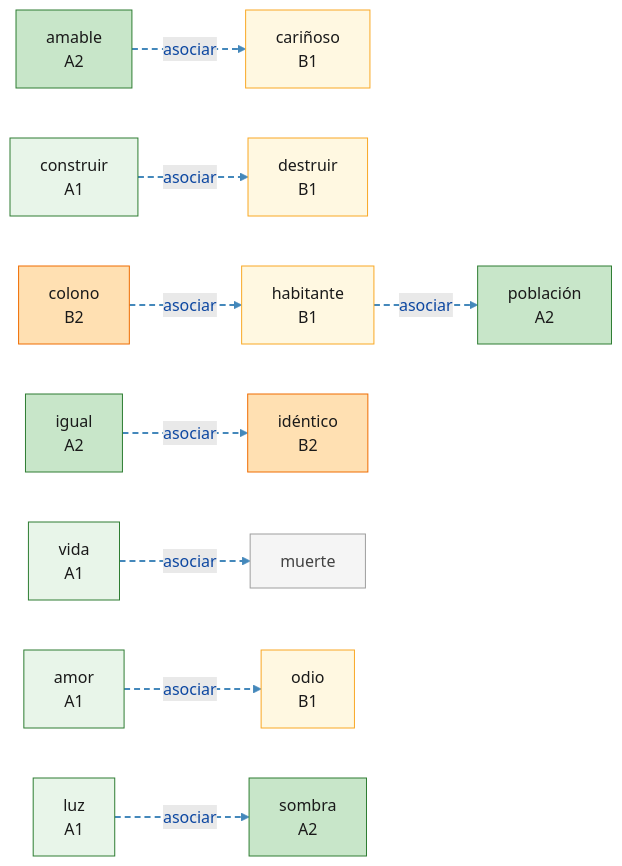
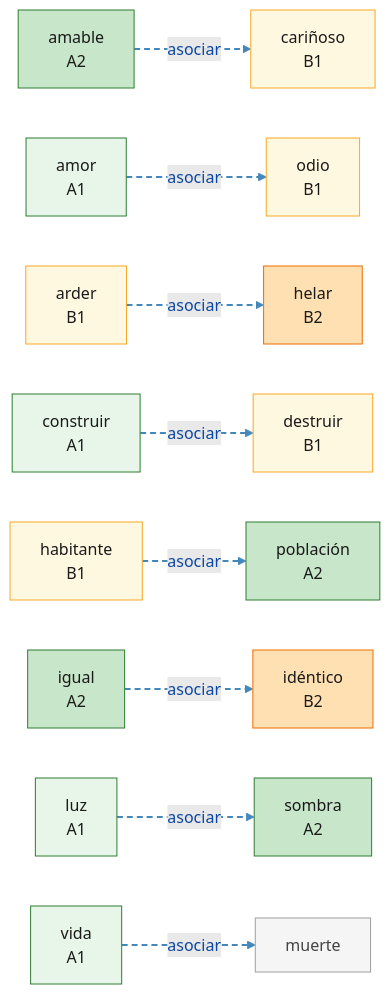
One commit to auding1900/es-raiz-vocab changed the diagram in mindmaps/asociar_a-l-1-4.md. Above: the diagram before and after it, drawn with Mermaid. The commit also changed other lines of this file and 29 other files, not shown here.

First line of the commit message:
feat(data): 新增 C7 词根导图：ard,cal,ferv,torr,frig,alg,gel

````diff
--- a/mindmaps/asociar_a-l-1-4.md
+++ b/mindmaps/asociar_a-l-1-4.md
@@ -8,57 +8,59 @@
 ```mermaid
 graph LR
   W_amable["amable<br/>A2"]:::lvlA2
   W_amor["amor<br/>A1"]:::lvlA1
+  W_arder["arder<br/>B1"]:::lvlB1
   W_carinoso["cariñoso<br/>B1"]:::lvlB1
-  W_colono["colono<br/>B2"]:::lvlB2
   W_construir["construir<br/>A1"]:::lvlA1
   W_destruir["destruir<br/>B1"]:::lvlB1
   W_habitante["habitante<br/>B1"]:::lvlB1
+  W_helar["helar<br/>B2"]:::lvlB2
   W_identico["idéntico<br/>B2"]:::lvlB2
   W_igual["igual<br/>A2"]:::lvlA2
   W_luz["luz<br/>A1"]:::lvlA1
   W_muerte["muerte"]:::lvlNA
   W_odio["odio<br/>B1"]:::lvlB1
   W_poblacion["población<br/>A2"]:::lvlA2
   W_sombra["sombra<br/>A2"]:::lvlA2
   W_vida["vida<br/>A1"]:::lvlA1
+  W_arder -.->|asociar| W_helar
   W_construir -.->|asociar| W_destruir
   W_igual -.->|asociar| W_identico
   W_vida -.->|asociar| W_muerte
   W_luz -.->|asociar| W_sombra
   W_amor -.->|asociar| W_odio
   W_amable -.->|asociar| W_carinoso
   W_habitante -.->|asociar| W_poblacion
-  W_colono -.->|asociar| W_habitante
   linkStyle 0 stroke:#4488bb,stroke-width:2px,stroke-dasharray:6 4
   linkStyle 1 stroke:#4488bb,stroke-width:2px,stroke-dasharray:6 4
   linkStyle 2 stroke:#4488bb,stroke-width:2px,stroke-dasharray:6 4
   linkStyle 3 stroke:#4488bb,stroke-width:2px,stroke-dasharray:6 4
   linkStyle 4 stroke:#4488bb,stroke-width:2px,stroke-dasharray:6 4
   linkStyle 5 stroke:#4488bb,stroke-width:2px,stroke-dasharray:6 4
   linkStyle 6 stroke:#4488bb,stroke-width:2px,stroke-dasharray:6 4
   linkStyle 7 stroke:#4488bb,stroke-width:2px,stroke-dasharray:6 4
   classDef root fill:#bbdefb,stroke:#1565c0,stroke-width:2px,color:#0d47a1
   classDef lvlA1 fill:#e8f5e9,stroke:#2e7d32,color:#1a1a1a
   classDef lvlA2 fill:#c8e6c9,stroke:#2e7d32,color:#1a1a1a
   classDef lvlB1 fill:#fff8e1,stroke:#f9a825,color:#1a1a1a
   classDef lvlB2 fill:#ffe0b2,stroke:#ef6c00,color:#1a1a1a
   classDef lvlC1 fill:#ffccbc,stroke:#d84315,color:#1a1a1a
   classDef lvlC2 fill:#ffcdd2,stroke:#b71c1c,color:#1a1a1a
   classDef lvlNA fill:#f5f5f5,stroke:#9e9e9e,color:#424242
   click W_amable "https://www.doubao.com/chat?q=%E8%A5%BF%E7%8F%AD%E7%89%99%E8%AF%ADamable%EF%BC%8C%E8%AF%8D%E6%A0%B9am%EF%BC%8C%E8%A7%A3%E9%87%8A%E8%AF%8D%E4%B9%89%E3%80%81DELE%E7%AD%89%E7%BA%A7%E3%80%81%E8%AF%AD%E4%BD%93%E3%80%81%E5%B8%B8%E7%94%A8%E6%90%AD%E9%85%8D%E3%80%81%E8%BF%91%E4%B9%89%E8%AF%8D%E8%BE%A8%E6%9E%90%EF%BC%8C%E5%B9%B6%E4%B8%94%E7%BB%992%E6%9D%A1%E6%9D%A5%E8%87%AA%E5%85%AC%E7%89%88%E8%A5%BF%E8%AF%AD%E6%96%87%E6%9C%AC%EF%BC%88Wikisource%2F%E5%8F%A4%E7%99%BB%E5%A0%A1%EF%BC%89%E7%9A%84%E8%87%AA%E7%84%B6%E4%BE%8B%E5%8F%A5%EF%BC%8C%E4%BE%8B%E5%8F%A5%E4%BC%98%E5%85%88%E9%80%89%E7%94%A8%E7%8E%B0%E4%BB%A3%E6%A0%87%E5%87%86%E8%A5%BF%E7%8F%AD%E7%89%99%E8%AF%AD%EF%BC%8C%E5%8F%A4%E4%BD%93%E4%BE%8B%E5%8F%A5%E6%A0%87%E6%B3%A8%E3%80%90arca%C3%ADsmo%E3%80%91" "豆包查询：amable" _blank
   click W_amor "https://www.doubao.com/chat?q=%E8%A5%BF%E7%8F%AD%E7%89%99%E8%AF%ADamor%EF%BC%8C%E8%AF%8D%E6%A0%B9am%EF%BC%8C%E8%A7%A3%E9%87%8A%E8%AF%8D%E4%B9%89%E3%80%81DELE%E7%AD%89%E7%BA%A7%E3%80%81%E8%AF%AD%E4%BD%93%E3%80%81%E5%B8%B8%E7%94%A8%E6%90%AD%E9%85%8D%E3%80%81%E8%BF%91%E4%B9%89%E8%AF%8D%E8%BE%A8%E6%9E%90%EF%BC%8C%E5%B9%B6%E4%B8%94%E7%BB%992%E6%9D%A1%E6%9D%A5%E8%87%AA%E5%85%AC%E7%89%88%E8%A5%BF%E8%AF%AD%E6%96%87%E6%9C%AC%EF%BC%88Wikisource%2F%E5%8F%A4%E7%99%BB%E5%A0%A1%EF%BC%89%E7%9A%84%E8%87%AA%E7%84%B6%E4%BE%8B%E5%8F%A5%EF%BC%8C%E4%BE%8B%E5%8F%A5%E4%BC%98%E5%85%88%E9%80%89%E7%94%A8%E7%8E%B0%E4%BB%A3%E6%A0%87%E5%87%86%E8%A5%BF%E7%8F%AD%E7%89%99%E8%AF%AD%EF%BC%8C%E5%8F%A4%E4%BD%93%E4%BE%8B%E5%8F%A5%E6%A0%87%E6%B3%A8%E3%80%90arca%C3%ADsmo%E3%80%91" "豆包查询：amor" _blank
+  click W_arder "https://www.doubao.com/chat?q=%E8%A5%BF%E7%8F%AD%E7%89%99%E8%AF%ADarder%EF%BC%8C%E8%AF%8D%E6%A0%B9ard%EF%BC%8C%E8%A7%A3%E9%87%8A%E8%AF%8D%E4%B9%89%E3%80%81DELE%E7%AD%89%E7%BA%A7%E3%80%81%E8%AF%AD%E4%BD%93%E3%80%81%E5%B8%B8%E7%94%A8%E6%90%AD%E9%85%8D%E3%80%81%E8%BF%91%E4%B9%89%E8%AF%8D%E8%BE%A8%E6%9E%90%EF%BC%8C%E5%B9%B6%E4%B8%94%E7%BB%992%E6%9D%A1%E6%9D%A5%E8%87%AA%E5%85%AC%E7%89%88%E8%A5%BF%E8%AF%AD%E6%96%87%E6%9C%AC%EF%BC%88Wikisource%2F%E5%8F%A4%E7%99%BB%E5%A0%A1%EF%BC%89%E7%9A%84%E8%87%AA%E7%84%B6%E4%BE%8B%E5%8F%A5%EF%BC%8C%E4%BE%8B%E5%8F%A5%E4%BC%98%E5%85%88%E9%80%89%E7%94%A8%E7%8E%B0%E4%BB%A3%E6%A0%87%E5%87%86%E8%A5%BF%E7%8F%AD%E7%89%99%E8%AF%AD%EF%BC%8C%E5%8F%A4%E4%BD%93%E4%BE%8B%E5%8F%A5%E6%A0%87%E6%B3%A8%E3%80%90arca%C3%ADsmo%E3%80%91" "豆包查询：arder" _blank
   click W_carinoso "https://www.doubao.com/chat?q=%E8%A5%BF%E7%8F%AD%E7%89%99%E8%AF%ADcari%C3%B1oso%EF%BC%8C%E8%AF%8D%E6%A0%B9car%EF%BC%8C%E8%A7%A3%E9%87%8A%E8%AF%8D%E4%B9%89%E3%80%81DELE%E7%AD%89%E7%BA%A7%E3%80%81%E8%AF%AD%E4%BD%93%E3%80%81%E5%B8%B8%E7%94%A8%E6%90%AD%E9%85%8D%E3%80%81%E8%BF%91%E4%B9%89%E8%AF%8D%E8%BE%A8%E6%9E%90%EF%BC%8C%E5%B9%B6%E4%B8%94%E7%BB%992%E6%9D%A1%E6%9D%A5%E8%87%AA%E5%85%AC%E7%89%88%E8%A5%BF%E8%AF%AD%E6%96%87%E6%9C%AC%EF%BC%88Wikisource%2F%E5%8F%A4%E7%99%BB%E5%A0%A1%EF%BC%89%E7%9A%84%E8%87%AA%E7%84%B6%E4%BE%8B%E5%8F%A5%EF%BC%8C%E4%BE%8B%E5%8F%A5%E4%BC%98%E5%85%88%E9%80%89%E7%94%A8%E7%8E%B0%E4%BB%A3%E6%A0%87%E5%87%86%E8%A5%BF%E7%8F%AD%E7%89%99%E8%AF%AD%EF%BC%8C%E5%8F%A4%E4%BD%93%E4%BE%8B%E5%8F%A5%E6%A0%87%E6%B3%A8%E3%80%90arca%C3%ADsmo%E3%80%91" "豆包查询：cariñoso" _blank
-  click W_colono "https://www.doubao.com/chat?q=%E8%A5%BF%E7%8F%AD%E7%89%99%E8%AF%ADcolono%EF%BC%8C%E8%AF%8D%E6%A0%B9col%EF%BC%8C%E8%A7%A3%E9%87%8A%E8%AF%8D%E4%B9%89%E3%80%81DELE%E7%AD%89%E7%BA%A7%E3%80%81%E8%AF%AD%E4%BD%93%E3%80%81%E5%B8%B8%E7%94%A8%E6%90%AD%E9%85%8D%E3%80%81%E8%BF%91%E4%B9%89%E8%AF%8D%E8%BE%A8%E6%9E%90%EF%BC%8C%E5%B9%B6%E4%B8%94%E7%BB%992%E6%9D%A1%E6%9D%A5%E8%87%AA%E5%85%AC%E7%89%88%E8%A5%BF%E8%AF%AD%E6%96%87%E6%9C%AC%EF%BC%88Wikisource%2F%E5%8F%A4%E7%99%BB%E5%A0%A1%EF%BC%89%E7%9A%84%E8%87%AA%E7%84%B6%E4%BE%8B%E5%8F%A5%EF%BC%8C%E4%BE%8B%E5%8F%A5%E4%BC%98%E5%85%88%E9%80%89%E7%94%A8%E7%8E%B0%E4%BB%A3%E6%A0%87%E5%87%86%E8%A5%BF%E7%8F%AD%E7%89%99%E8%AF%AD%EF%BC%8C%E5%8F%A4%E4%BD%93%E4%BE%8B%E5%8F%A5%E6%A0%87%E6%B3%A8%E3%80%90arca%C3%ADsmo%E3%80%91" "豆包查询：colono" _blank
   click W_construir "https://www.doubao.com/chat?q=%E8%A5%BF%E7%8F%AD%E7%89%99%E8%AF%ADconstruir%EF%BC%8C%E8%AF%8D%E6%A0%B9constru%EF%BC%8C%E8%A7%A3%E9%87%8A%E8%AF%8D%E4%B9%89%E3%80%81DELE%E7%AD%89%E7%BA%A7%E3%80%81%E8%AF%AD%E4%BD%93%E3%80%81%E5%B8%B8%E7%94%A8%E6%90%AD%E9%85%8D%E3%80%81%E8%BF%91%E4%B9%89%E8%AF%8D%E8%BE%A8%E6%9E%90%EF%BC%8C%E5%B9%B6%E4%B8%94%E7%BB%992%E6%9D%A1%E6%9D%A5%E8%87%AA%E5%85%AC%E7%89%88%E8%A5%BF%E8%AF%AD%E6%96%87%E6%9C%AC%EF%BC%88Wikisource%2F%E5%8F%A4%E7%99%BB%E5%A0%A1%EF%BC%89%E7%9A%84%E8%87%AA%E7%84%B6%E4%BE%8B%E5%8F%A5%EF%BC%8C%E4%BE%8B%E5%8F%A5%E4%BC%98%E5%85%88%E9%80%89%E7%94%A8%E7%8E%B0%E4%BB%A3%E6%A0%87%E5%87%86%E8%A5%BF%E7%8F%AD%E7%89%99%E8%AF%AD%EF%BC%8C%E5%8F%A4%E4%BD%93%E4%BE%8B%E5%8F%A5%E6%A0%87%E6%B3%A8%E3%80%90arca%C3%ADsmo%E3%80%91" "豆包查询：construir" _blank
   click W_destruir "https://www.doubao.com/chat?q=%E8%A5%BF%E7%8F%AD%E7%89%99%E8%AF%ADdestruir%EF%BC%8C%E8%AF%8D%E6%A0%B9struct%EF%BC%8C%E8%A7%A3%E9%87%8A%E8%AF%8D%E4%B9%89%E3%80%81DELE%E7%AD%89%E7%BA%A7%E3%80%81%E8%AF%AD%E4%BD%93%E3%80%81%E5%B8%B8%E7%94%A8%E6%90%AD%E9%85%8D%E3%80%81%E8%BF%91%E4%B9%89%E8%AF%8D%E8%BE%A8%E6%9E%90%EF%BC%8C%E5%B9%B6%E4%B8%94%E7%BB%992%E6%9D%A1%E6%9D%A5%E8%87%AA%E5%85%AC%E7%89%88%E8%A5%BF%E8%AF%AD%E6%96%87%E6%9C%AC%EF%BC%88Wikisource%2F%E5%8F%A4%E7%99%BB%E5%A0%A1%EF%BC%89%E7%9A%84%E8%87%AA%E7%84%B6%E4%BE%8B%E5%8F%A5%EF%BC%8C%E4%BE%8B%E5%8F%A5%E4%BC%98%E5%85%88%E9%80%89%E7%94%A8%E7%8E%B0%E4%BB%A3%E6%A0%87%E5%87%86%E8%A5%BF%E7%8F%AD%E7%89%99%E8%AF%AD%EF%BC%8C%E5%8F%A4%E4%BD%93%E4%BE%8B%E5%8F%A5%E6%A0%87%E6%B3%A8%E3%80%90arca%C3%ADsmo%E3%80%91" "豆包查询：destruir" _blank
   click W_habitante "https://www.doubao.com/chat?q=%E8%A5%BF%E7%8F%AD%E7%89%99%E8%AF%ADhabitante%EF%BC%8C%E8%AF%8D%E6%A0%B9habit%EF%BC%8C%E8%A7%A3%E9%87%8A%E8%AF%8D%E4%B9%89%E3%80%81DELE%E7%AD%89%E7%BA%A7%E3%80%81%E8%AF%AD%E4%BD%93%E3%80%81%E5%B8%B8%E7%94%A8%E6%90%AD%E9%85%8D%E3%80%81%E8%BF%91%E4%B9%89%E8%AF%8D%E8%BE%A8%E6%9E%90%EF%BC%8C%E5%B9%B6%E4%B8%94%E7%BB%992%E6%9D%A1%E6%9D%A5%E8%87%AA%E5%85%AC%E7%89%88%E8%A5%BF%E8%AF%AD%E6%96%87%E6%9C%AC%EF%BC%88Wikisource%2F%E5%8F%A4%E7%99%BB%E5%A0%A1%EF%BC%89%E7%9A%84%E8%87%AA%E7%84%B6%E4%BE%8B%E5%8F%A5%EF%BC%8C%E4%BE%8B%E5%8F%A5%E4%BC%98%E5%85%88%E9%80%89%E7%94%A8%E7%8E%B0%E4%BB%A3%E6%A0%87%E5%87%86%E8%A5%BF%E7%8F%AD%E7%89%99%E8%AF%AD%EF%BC%8C%E5%8F%A4%E4%BD%93%E4%BE%8B%E5%8F%A5%E6%A0%87%E6%B3%A8%E3%80%90arca%C3%ADsmo%E3%80%91" "豆包查询：habitante" _blank
+  click W_helar "https://www.doubao.com/chat?q=%E8%A5%BF%E7%8F%AD%E7%89%99%E8%AF%ADhelar%EF%BC%8C%E8%AF%8D%E6%A0%B9gel%EF%BC%8C%E8%A7%A3%E9%87%8A%E8%AF%8D%E4%B9%89%E3%80%81DELE%E7%AD%89%E7%BA%A7%E3%80%81%E8%AF%AD%E4%BD%93%E3%80%81%E5%B8%B8%E7%94%A8%E6%90%AD%E9%85%8D%E3%80%81%E8%BF%91%E4%B9%89%E8%AF%8D%E8%BE%A8%E6%9E%90%EF%BC%8C%E5%B9%B6%E4%B8%94%E7%BB%992%E6%9D%A1%E6%9D%A5%E8%87%AA%E5%85%AC%E7%89%88%E8%A5%BF%E8%AF%AD%E6%96%87%E6%9C%AC%EF%BC%88Wikisource%2F%E5%8F%A4%E7%99%BB%E5%A0%A1%EF%BC%89%E7%9A%84%E8%87%AA%E7%84%B6%E4%BE%8B%E5%8F%A5%EF%BC%8C%E4%BE%8B%E5%8F%A5%E4%BC%98%E5%85%88%E9%80%89%E7%94%A8%E7%8E%B0%E4%BB%A3%E6%A0%87%E5%87%86%E8%A5%BF%E7%8F%AD%E7%89%99%E8%AF%AD%EF%BC%8C%E5%8F%A4%E4%BD%93%E4%BE%8B%E5%8F%A5%E6%A0%87%E6%B3%A8%E3%80%90arca%C3%ADsmo%E3%80%91" "豆包查询：helar" _blank
   click W_identico "https://www.doubao.com/chat?q=%E8%A5%BF%E7%8F%AD%E7%89%99%E8%AF%ADid%C3%A9ntico%EF%BC%8C%E8%AF%8D%E6%A0%B9id%EF%BC%8C%E8%A7%A3%E9%87%8A%E8%AF%8D%E4%B9%89%E3%80%81DELE%E7%AD%89%E7%BA%A7%E3%80%81%E8%AF%AD%E4%BD%93%E3%80%81%E5%B8%B8%E7%94%A8%E6%90%AD%E9%85%8D%E3%80%81%E8%BF%91%E4%B9%89%E8%AF%8D%E8%BE%A8%E6%9E%90%EF%BC%8C%E5%B9%B6%E4%B8%94%E7%BB%992%E6%9D%A1%E6%9D%A5%E8%87%AA%E5%85%AC%E7%89%88%E8%A5%BF%E8%AF%AD%E6%96%87%E6%9C%AC%EF%BC%88Wikisource%2F%E5%8F%A4%E7%99%BB%E5%A0%A1%EF%BC%89%E7%9A%84%E8%87%AA%E7%84%B6%E4%BE%8B%E5%8F%A5%EF%BC%8C%E4%BE%8B%E5%8F%A5%E4%BC%98%E5%85%88%E9%80%89%E7%94%A8%E7%8E%B0%E4%BB%A3%E6%A0%87%E5%87%86%E8%A5%BF%E7%8F%AD%E7%89%99%E8%AF%AD%EF%BC%8C%E5%8F%A4%E4%BD%93%E4%BE%8B%E5%8F%A5%E6%A0%87%E6%B3%A8%E3%80%90arca%C3%ADsmo%E3%80%91" "豆包查询：idéntico" _blank
   click W_igual "https://www.doubao.com/chat?q=%E8%A5%BF%E7%8F%AD%E7%89%99%E8%AF%ADigual%EF%BC%8C%E8%AF%8D%E6%A0%B9aequ%EF%BC%8C%E8%A7%A3%E9%87%8A%E8%AF%8D%E4%B9%89%E3%80%81DELE%E7%AD%89%E7%BA%A7%E3%80%81%E8%AF%AD%E4%BD%93%E3%80%81%E5%B8%B8%E7%94%A8%E6%90%AD%E9%85%8D%E3%80%81%E8%BF%91%E4%B9%89%E8%AF%8D%E8%BE%A8%E6%9E%90%EF%BC%8C%E5%B9%B6%E4%B8%94%E7%BB%992%E6%9D%A1%E6%9D%A5%E8%87%AA%E5%85%AC%E7%89%88%E8%A5%BF%E8%AF%AD%E6%96%87%E6%9C%AC%EF%BC%88Wikisource%2F%E5%8F%A4%E7%99%BB%E5%A0%A1%EF%BC%89%E7%9A%84%E8%87%AA%E7%84%B6%E4%BE%8B%E5%8F%A5%EF%BC%8C%E4%BE%8B%E5%8F%A5%E4%BC%98%E5%85%88%E9%80%89%E7%94%A8%E7%8E%B0%E4%BB%A3%E6%A0%87%E5%87%86%E8%A5%BF%E7%8F%AD%E7%89%99%E8%AF%AD%EF%BC%8C%E5%8F%A4%E4%BD%93%E4%BE%8B%E5%8F%A5%E6%A0%87%E6%B3%A8%E3%80%90arca%C3%ADsmo%E3%80%91" "豆包查询：igual" _blank
   click W_luz "https://www.doubao.com/chat?q=%E8%A5%BF%E7%8F%AD%E7%89%99%E8%AF%ADluz%EF%BC%8C%E8%AF%8D%E6%A0%B9luc%EF%BC%8C%E8%A7%A3%E9%87%8A%E8%AF%8D%E4%B9%89%E3%80%81DELE%E7%AD%89%E7%BA%A7%E3%80%81%E8%AF%AD%E4%BD%93%E3%80%81%E5%B8%B8%E7%94%A8%E6%90%AD%E9%85%8D%E3%80%81%E8%BF%91%E4%B9%89%E8%AF%8D%E8%BE%A8%E6%9E%90%EF%BC%8C%E5%B9%B6%E4%B8%94%E7%BB%992%E6%9D%A1%E6%9D%A5%E8%87%AA%E5%85%AC%E7%89%88%E8%A5%BF%E8%AF%AD%E6%96%87%E6%9C%AC%EF%BC%88Wikisource%2F%E5%8F%A4%E7%99%BB%E5%A0%A1%EF%BC%89%E7%9A%84%E8%87%AA%E7%84%B6%E4%BE%8B%E5%8F%A5%EF%BC%8C%E4%BE%8B%E5%8F%A5%E4%BC%98%E5%85%88%E9%80%89%E7%94%A8%E7%8E%B0%E4%BB%A3%E6%A0%87%E5%87%86%E8%A5%BF%E7%8F%AD%E7%89%99%E8%AF%AD%EF%BC%8C%E5%8F%A4%E4%BD%93%E4%BE%8B%E5%8F%A5%E6%A0%87%E6%B3%A8%E3%80%90arca%C3%ADsmo%E3%80%91" "豆包查询：luz" _blank
   click W_muerte "https://www.doubao.com/chat?q=%E8%A5%BF%E7%8F%AD%E7%89%99%E8%AF%ADmuerte%EF%BC%8C%E8%A7%A3%E9%87%8A%E8%AF%8D%E4%B9%89%E3%80%81DELE%E7%AD%89%E7%BA%A7%E3%80%81%E8%AF%AD%E4%BD%93%E3%80%81%E5%B8%B8%E7%94%A8%E6%90%AD%E9%85%8D%E3%80%81%E8%BF%91%E4%B9%89%E8%AF%8D%E8%BE%A8%E6%9E%90%EF%BC%8C%E5%B9%B6%E4%B8%94%E7%BB%992%E6%9D%A1%E6%9D%A5%E8%87%AA%E5%85%AC%E7%89%88%E8%A5%BF%E8%AF%AD%E6%96%87%E6%9C%AC%EF%BC%88Wikisource%2F%E5%8F%A4%E7%99%BB%E5%A0%A1%EF%BC%89%E7%9A%84%E8%87%AA%E7%84%B6%E4%BE%8B%E5%8F%A5%EF%BC%8C%E4%BE%8B%E5%8F%A5%E4%BC%98%E5%85%88%E9%80%89%E7%94%A8%E7%8E%B0%E4%BB%A3%E6%A0%87%E5%87%86%E8%A5%BF%E7%8F%AD%E7%89%99%E8%AF%AD%EF%BC%8C%E5%8F%A4%E4%BD%93%E4%BE%8B%E5%8F%A5%E6%A0%87%E6%B3%A8%E3%80%90arca%C3%ADsmo%E3%80%91" "豆包查询：muerte" _blank
   click W_odio "https://www.doubao.com/chat?q=%E8%A5%BF%E7%8F%AD%E7%89%99%E8%AF%ADodio%EF%BC%8C%E8%AF%8D%E6%A0%B9od%EF%BC%8C%E8%A7%A3%E9%87%8A%E8%AF%8D%E4%B9%89%E3%80%81DELE%E7%AD%89%E7%BA%A7%E3%80%81%E8%AF%AD%E4%BD%93%E3%80%81%E5%B8%B8%E7%94%A8%E6%90%AD%E9%85%8D%E3%80%81%E8%BF%91%E4%B9%89%E8%AF%8D%E8%BE%A8%E6%9E%90%EF%BC%8C%E5%B9%B6%E4%B8%94%E7%BB%992%E6%9D%A1%E6%9D%A5%E8%87%AA%E5%85%AC%E7%89%88%E8%A5%BF%E8%AF%AD%E6%96%87%E6%9C%AC%EF%BC%88Wikisource%2F%E5%8F%A4%E7%99%BB%E5%A0%A1%EF%BC%89%E7%9A%84%E8%87%AA%E7%84%B6%E4%BE%8B%E5%8F%A5%EF%BC%8C%E4%BE%8B%E5%8F%A5%E4%BC%98%E5%85%88%E9%80%89%E7%94%A8%E7%8E%B0%E4%BB%A3%E6%A0%87%E5%87%86%E8%A5%BF%E7%8F%AD%E7%89%99%E8%AF%AD%EF%BC%8C%E5%8F%A4%E4%BD%93%E4%BE%8B%E5%8F%A5%E6%A0%87%E6%B3%A8%E3%80%90arca%C3%ADsmo%E3%80%91" "豆包查询：odio" _blank
   click W_poblacion "https://www.doubao.com/chat?q=%E8%A5%BF%E7%8F%AD%E7%89%99%E8%AF%ADpoblaci%C3%B3n%EF%BC%8C%E8%AF%8D%E6%A0%B9pop%EF%BC%8C%E8%A7%A3%E9%87%8A%E8%AF%8D%E4%B9%89%E3%80%81DELE%E7%AD%89%E7%BA%A7%E3%80%81%E8%AF%AD%E4%BD%93%E3%80%81%E5%B8%B8%E7%94%A8%E6%90%AD%E9%85%8D%E3%80%81%E8%BF%91%E4%B9%89%E8%AF%8D%E8%BE%A8%E6%9E%90%EF%BC%8C%E5%B9%B6%E4%B8%94%E7%BB%992%E6%9D%A1%E6%9D%A5%E8%87%AA%E5%85%AC%E7%89%88%E8%A5%BF%E8%AF%AD%E6%96%87%E6%9C%AC%EF%BC%88Wikisource%2F%E5%8F%A4%E7%99%BB%E5%A0%A1%EF%BC%89%E7%9A%84%E8%87%AA%E7%84%B6%E4%BE%8B%E5%8F%A5%EF%BC%8C%E4%BE%8B%E5%8F%A5%E4%BC%98%E5%85%88%E9%80%89%E7%94%A8%E7%8E%B0%E4%BB%A3%E6%A0%87%E5%87%86%E8%A5%BF%E7%8F%AD%E7%89%99%E8%AF%AD%EF%BC%8C%E5%8F%A4%E4%BD%93%E4%BE%8B%E5%8F%A5%E6%A0%87%E6%B3%A8%E3%80%90arca%C3%ADsmo%E3%80%91" "豆包查询：población" _blank
   click W_sombra "https://www.doubao.com/chat?q=%E8%A5%BF%E7%8F%AD%E7%89%99%E8%AF%ADsombra%EF%BC%8C%E8%AF%8D%E6%A0%B9umbr%EF%BC%8C%E8%A7%A3%E9%87%8A%E8%AF%8D%E4%B9%89%E3%80%81DELE%E7%AD%89%E7%BA%A7%E3%80%81%E8%AF%AD%E4%BD%93%E3%80%81%E5%B8%B8%E7%94%A8%E6%90%AD%E9%85%8D%E3%80%81%E8%BF%91%E4%B9%89%E8%AF%8D%E8%BE%A8%E6%9E%90%EF%BC%8C%E5%B9%B6%E4%B8%94%E7%BB%992%E6%9D%A1%E6%9D%A5%E8%87%AA%E5%85%AC%E7%89%88%E8%A5%BF%E8%AF%AD%E6%96%87%E6%9C%AC%EF%BC%88Wikisource%2F%E5%8F%A4%E7%99%BB%E5%A0%A1%EF%BC%89%E7%9A%84%E8%87%AA%E7%84%B6%E4%BE%8B%E5%8F%A5%EF%BC%8C%E4%BE%8B%E5%8F%A5%E4%BC%98%E5%85%88%E9%80%89%E7%94%A8%E7%8E%B0%E4%BB%A3%E6%A0%87%E5%87%86%E8%A5%BF%E7%8F%AD%E7%89%99%E8%AF%AD%EF%BC%8C%E5%8F%A4%E4%BD%93%E4%BE%8B%E5%8F%A5%E6%A0%87%E6%B3%A8%E3%80%90arca%C3%ADsmo%E3%80%91" "豆包查询：sombra" _blank
   click W_vida "https://www.doubao.com/chat?q=%E8%A5%BF%E7%8F%AD%E7%89%99%E8%AF%ADvida%EF%BC%8C%E8%AF%8D%E6%A0%B9bio%EF%BC%8C%E8%A7%A3%E9%87%8A%E8%AF%8D%E4%B9%89%E3%80%81DELE%E7%AD%89%E7%BA%A7%E3%80%81%E8%AF%AD%E4%BD%93%E3%80%81%E5%B8%B8%E7%94%A8%E6%90%AD%E9%85%8D%E3%80%81%E8%BF%91%E4%B9%89%E8%AF%8D%E8%BE%A8%E6%9E%90%EF%BC%8C%E5%B9%B6%E4%B8%94%E7%BB%992%E6%9D%A1%E6%9D%A5%E8%87%AA%E5%85%AC%E7%89%88%E8%A5%BF%E8%AF%AD%E6%96%87%E6%9C%AC%EF%BC%88Wikisource%2F%E5%8F%A4%E7%99%BB%E5%A0%A1%EF%BC%89%E7%9A%84%E8%87%AA%E7%84%B6%E4%BE%8B%E5%8F%A5%EF%BC%8C%E4%BE%8B%E5%8F%A5%E4%BC%98%E5%85%88%E9%80%89%E7%94%A8%E7%8E%B0%E4%BB%A3%E6%A0%87%E5%87%86%E8%A5%BF%E7%8F%AD%E7%89%99%E8%AF%AD%EF%BC%8C%E5%8F%A4%E4%BD%93%E4%BE%8B%E5%8F%A5%E6%A0%87%E6%B3%A8%E3%80%90arca%C3%ADsmo%E3%80%91" "豆包查询：vida" _blank
 ```
````
